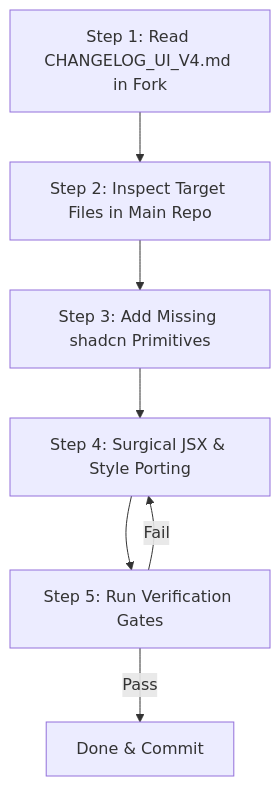
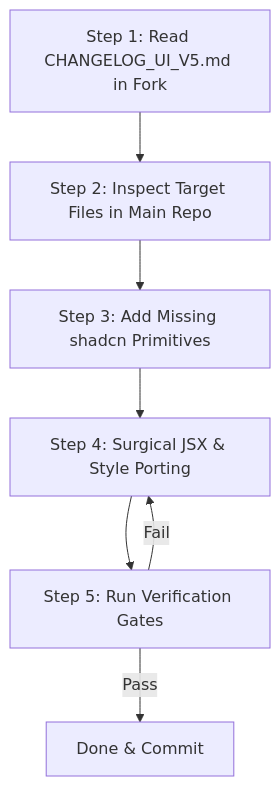
The diagram in UI_HANDOFF.md (zkil27/bayanhealth-frontend), drawn with Mermaid before and after one commit. The commit also changed other lines of this file and 27 other files, not shown here.

First line of the commit message:
feat(consultation): add patient chart with versioned past medical history

````diff
--- a/UI_HANDOFF.md
+++ b/UI_HANDOFF.md
@@ -49,9 +49,9 @@
 ```mermaid
 flowchart TD
-    A[Step 1: Read CHANGELOG_UI_V4.md in Fork] --> B[Step 2: Inspect Target Files in Main Repo]
+    A[Step 1: Read CHANGELOG_UI_V5.md in Fork] --> B[Step 2: Inspect Target Files in Main Repo]
     B --> C[Step 3: Add Missing shadcn Primitives]
     C --> D[Step 4: Surgical JSX & Style Porting]
     D --> E[Step 5: Run Verification Gates]
     E -->|Pass| F[Done & Commit]
     E -->|Fail| D
 ```
````
